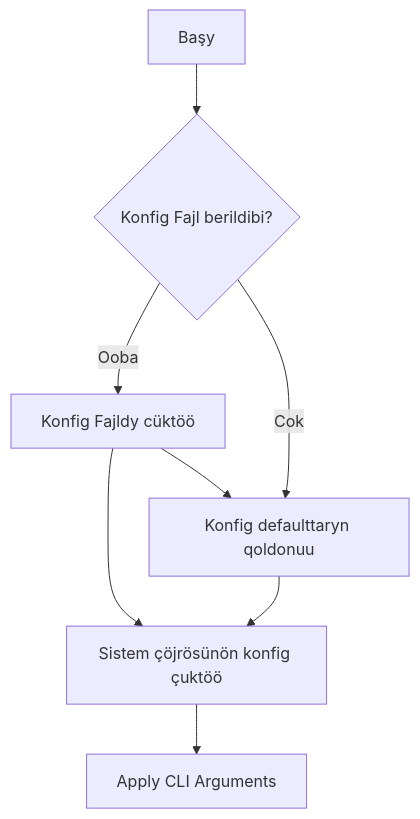
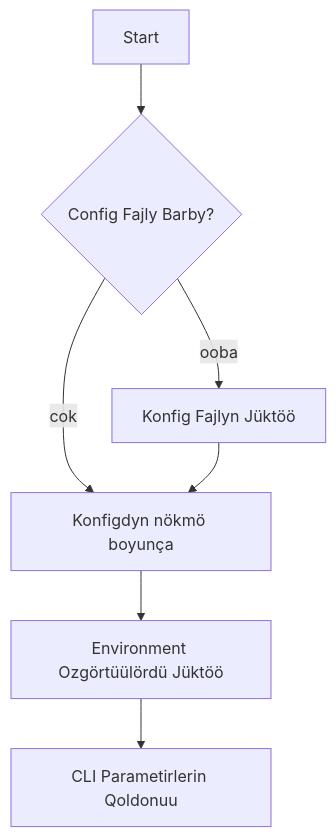
Before and after one commit to sultaniman/kpow: the first of 2 diagrams in docs/qy/developer-guide.md, drawn with Mermaid. The commit also changed other lines of this file and 1 other file, not shown here.

Commit message:
sync mermaid charts

````diff
--- a/docs/qy/developer-guide.md
+++ b/docs/qy/developer-guide.md
@@ -34,10 +34,9 @@
 ```mermaid
 flowchart TD
-    A[Başy] --> B{Konfig Fajl berildibi?}
-    B -- Ooba --> C[Konfig Fajldy cüktöö]
-    B -- Cok --> D[Konfig defaulttaryn qoldonuu]
-    C --> E[Sistem çöjrösünön konfig çuktöö]
+    A[Start] --> B{Config Fajly Barby?}
+    B -- ooba --> C[Konfig Fajlyn Jüktöö]
+    B -- cok --> D[Konfigdyn nökmö boyunça]
     C --> D
-    D --> E
-    E --> F[Apply CLI Arguments]
+    D --> E[Environment Ozgörtüülördü Jüktöö]
+    E --> F[CLI Parametirlerin Qoldonuu]
 ```
````
